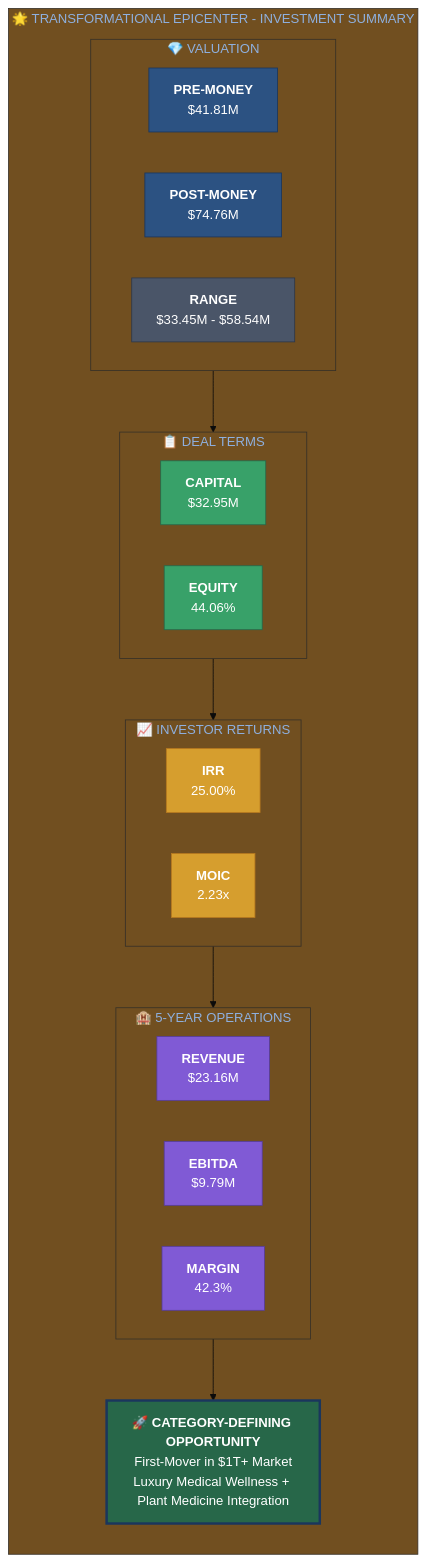
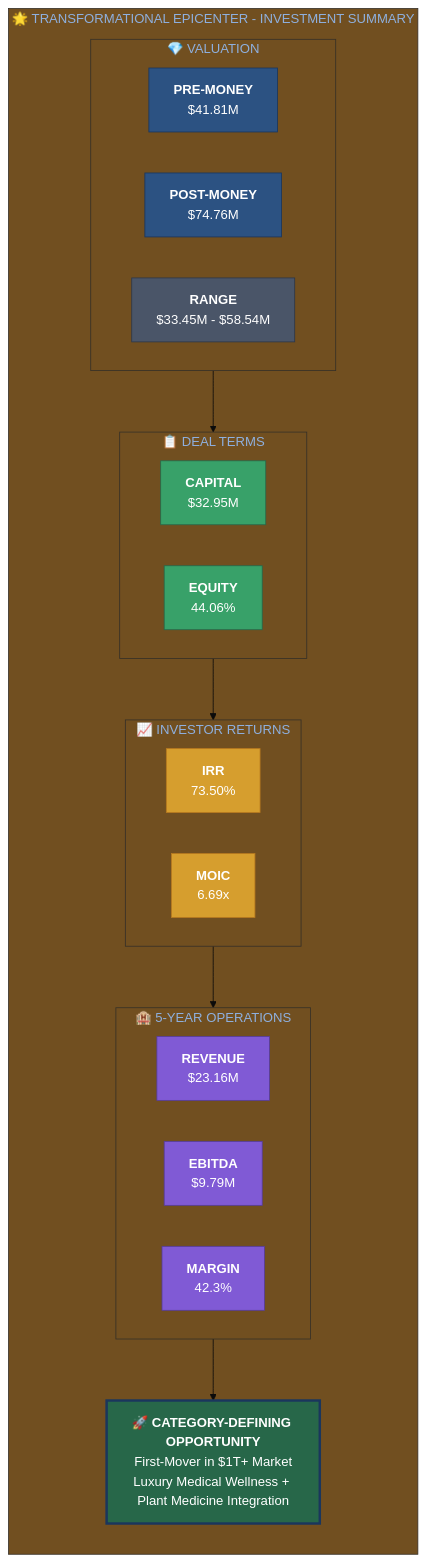
Diagram 40 of 41 in docs/pitch-packet/AI_VALUATION_REPORT_VISUAL.md (Light-Brands/epic-center), drawn with Mermaid before and after one commit. The commit also changed other lines of this file and 54 other files, not shown here.

````diff
--- a/docs/pitch-packet/AI_VALUATION_REPORT_VISUAL.md
+++ b/docs/pitch-packet/AI_VALUATION_REPORT_VISUAL.md
@@ -1872,51 +1872,51 @@
 ```mermaid
 %%{init: {'theme': 'base', 'themeVariables': { 'primaryColor': '#1a365d', 'primaryTextColor': '#fff'}}}%%
 flowchart TB
     subgraph FINAL["🌟 TRANSFORMATIONAL EPICENTER - INVESTMENT SUMMARY"]
         direction TB
 
         subgraph VALUE["💎 VALUATION"]
             direction LR
             PRE["<b>PRE-MONEY</b><br/>$41.81M"]
             POST["<b>POST-MONEY</b><br/>$74.76M"]
             RANGE["<b>RANGE</b><br/>$33.45M - $58.54M"]
         end
 
         subgraph DEAL["📋 DEAL TERMS"]
             direction LR
             CAP["<b>CAPITAL</b><br/>$32.95M"]
             EQ["<b>EQUITY</b><br/>44.06%"]
         end
 
         subgraph RETURNS["📈 INVESTOR RETURNS"]
             direction LR
-            IRR["<b>IRR</b><br/>25.00%"]
-            MOIC["<b>MOIC</b><br/>2.23x"]
+            IRR["<b>IRR</b><br/>73.50%"]
+            MOIC["<b>MOIC</b><br/>6.69x"]
         end
 
         subgraph OPERATIONS["🏨 5-YEAR OPERATIONS"]
             direction LR
             REV["<b>REVENUE</b><br/>$23.16M"]
             EBITDA["<b>EBITDA</b><br/>$9.79M"]
             MARGIN["<b>MARGIN</b><br/>42.3%"]
         end
 
         VALUE --> DEAL --> RETURNS --> OPERATIONS
 
         CTA["🚀 <b>CATEGORY-DEFINING OPPORTUNITY</b><br/>First-Mover in $1T+ Market<br/>Luxury Medical Wellness + Plant Medicine Integration"]
 
         OPERATIONS --> CTA
     end
 
     style PRE fill:#2c5282,stroke:#1a365d,color:#fff
     style POST fill:#2c5282,stroke:#1a365d,color:#fff
     style RANGE fill:#4a5568,stroke:#2d3748,color:#fff
     style CAP fill:#38a169,stroke:#276749,color:#fff
     style EQ fill:#38a169,stroke:#276749,color:#fff
     style IRR fill:#d69e2e,stroke:#b7791f,color:#fff
     style MOIC fill:#d69e2e,stroke:#b7791f,color:#fff
     style REV fill:#805ad5,stroke:#553c9a,color:#fff
     style EBITDA fill:#805ad5,stroke:#553c9a,color:#fff
     style MARGIN fill:#805ad5,stroke:#553c9a,color:#fff
     style CTA fill:#276749,stroke:#1a365d,stroke-width:3px,color:#fff
 ```
````
